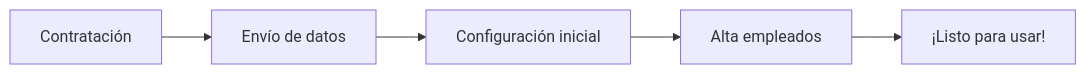
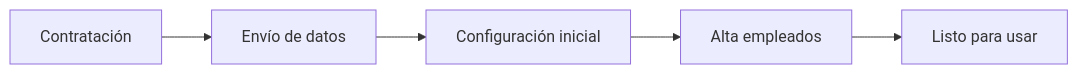
Before and after one commit to AhoraFicho/ahoraficho-doc: the diagram in primeros-pasos/index.md, drawn with Mermaid. The commit also changed other lines of this file and 16 other files, not shown here.

````diff
--- a/primeros-pasos/index.md
+++ b/primeros-pasos/index.md
@@ -49,7 +49,7 @@
 ```mermaid
 graph LR
-    A[Contratación] --> B[Envío de datos]
-    B --> C[Configuración inicial]
-    C --> D[Alta empleados]
-    D --> E[¡Listo para usar!]
+    A[Contratación] --> B[Envío de datos];
+    B --> C[Configuración inicial];
+    C --> D[Alta empleados];
+    D --> E[Listo para usar];
 ```
````
